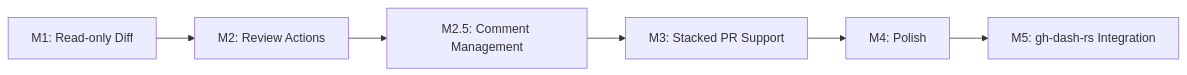
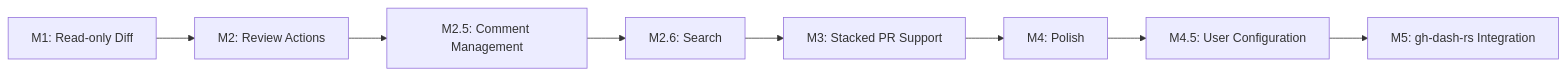
The first of 10 diagrams in docs/ROADMAP.md (Neville-Loh/gh-review), drawn with Mermaid before and after one commit. The commit also changed other lines of this file and 1 other file, not shown here.

Commit message:
update roadmap for gh-review

````diff
--- a/docs/ROADMAP.md
+++ b/docs/ROADMAP.md
@@ -5,8 +5,10 @@
 ```mermaid
 graph LR
     M1["M1: Read-only Diff"] --> M2["M2: Review Actions"]
     M2 --> M25["M2.5: Comment Management"]
-    M25 --> M3["M3: Stacked PR Support"]
+    M25 --> M26["M2.6: Search"]
+    M26 --> M3["M3: Stacked PR Support"]
     M3 --> M4["M4: Polish"]
-    M4 --> M5["M5: gh-dash-rs Integration"]
+    M4 --> M45["M4.5: User Configuration"]
+    M45 --> M5["M5: gh-dash-rs Integration"]
 ```
````
